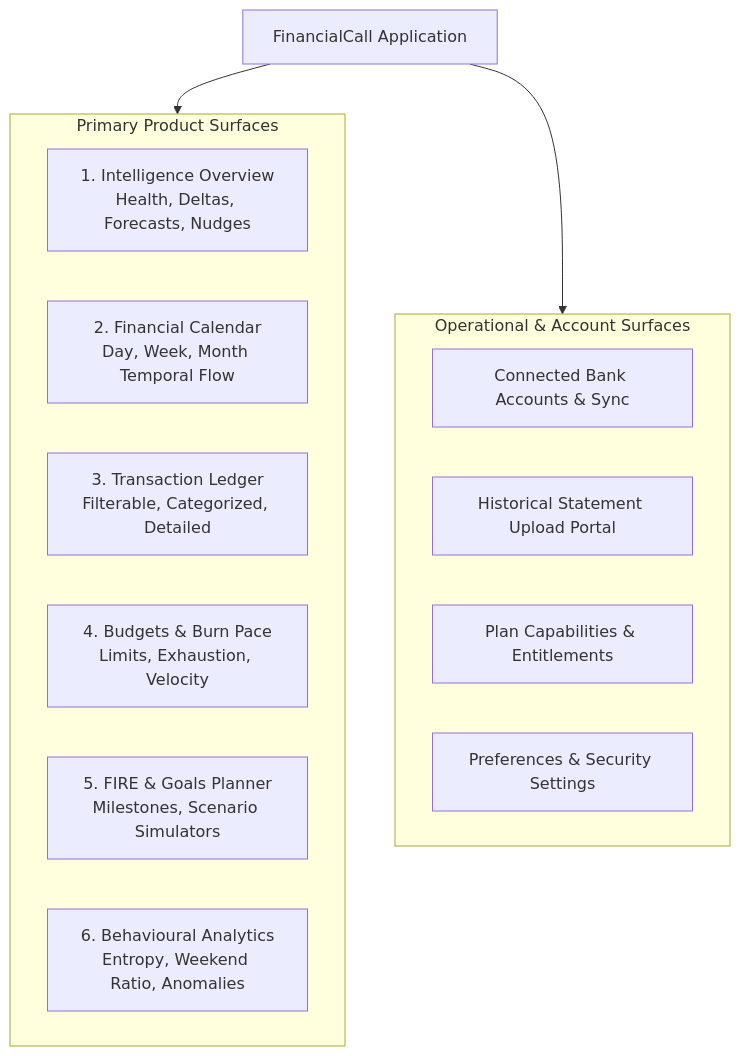
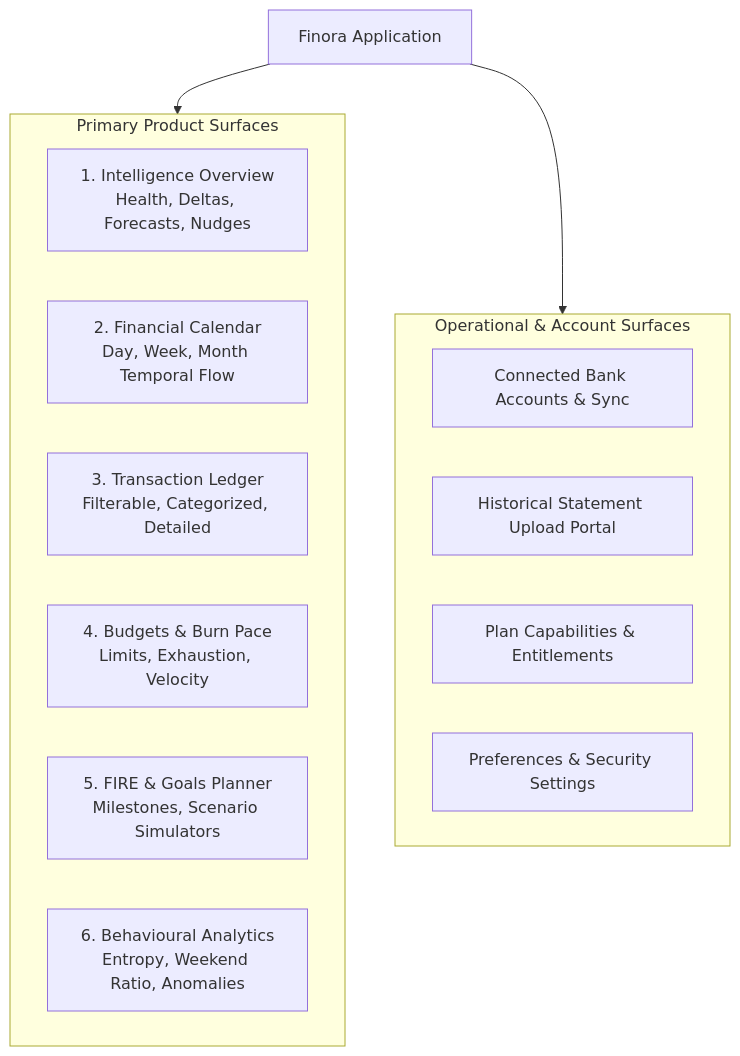
The diagram in docs/product/information-architecture.md (EncrypterParv/Finora), drawn with Mermaid before and after one commit. The commit also changed other lines of this file and 20 other files, not shown here.

````diff
--- a/docs/product/information-architecture.md
+++ b/docs/product/information-architecture.md
@@ -5,23 +5,23 @@
 ```mermaid
 graph TD
-    App[FinancialCall Application]
+    App[Finora Application]
     
     subgraph PrimarySections [Primary Product Surfaces]
         Overview[1. Intelligence Overview\nHealth, Deltas, Forecasts, Nudges]
         Calendar[2. Financial Calendar\nDay, Week, Month Temporal Flow]
         Transactions[3. Transaction Ledger\nFilterable, Categorized, Detailed]
         Budgets[4. Budgets & Burn Pace\nLimits, Exhaustion, Velocity]
         Goals[5. FIRE & Goals Planner\nMilestones, Scenario Simulators]
         Insights[6. Behavioural Analytics\nEntropy, Weekend Ratio, Anomalies]
     end
 
     subgraph SecondarySurfaces [Operational & Account Surfaces]
         Accounts[Connected Bank Accounts & Sync]
         Import[Historical Statement Upload Portal]
         Pricing[Plan Capabilities & Entitlements]
         Settings[Preferences & Security Settings]
     end
 
     App --> PrimarySections
     App --> SecondarySurfaces
 ```
````
